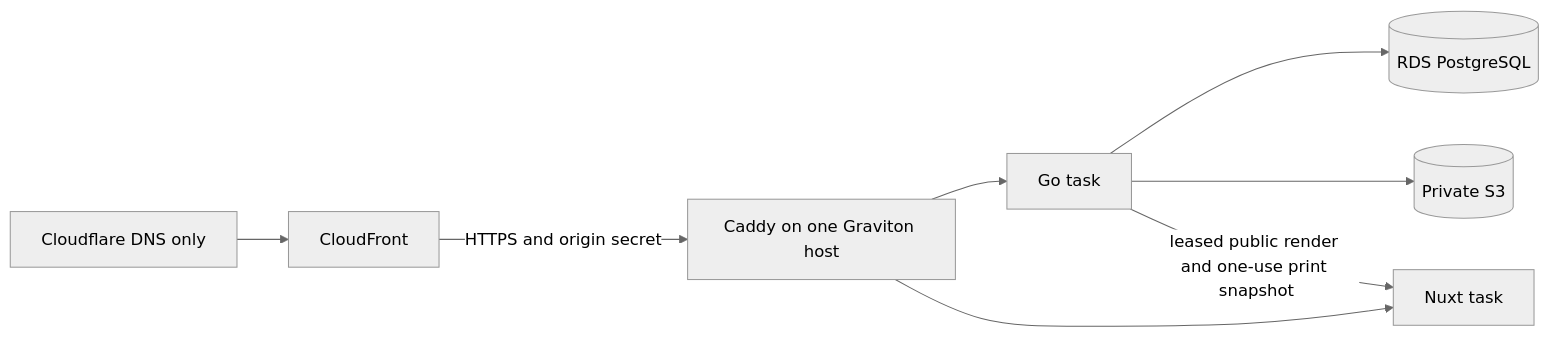
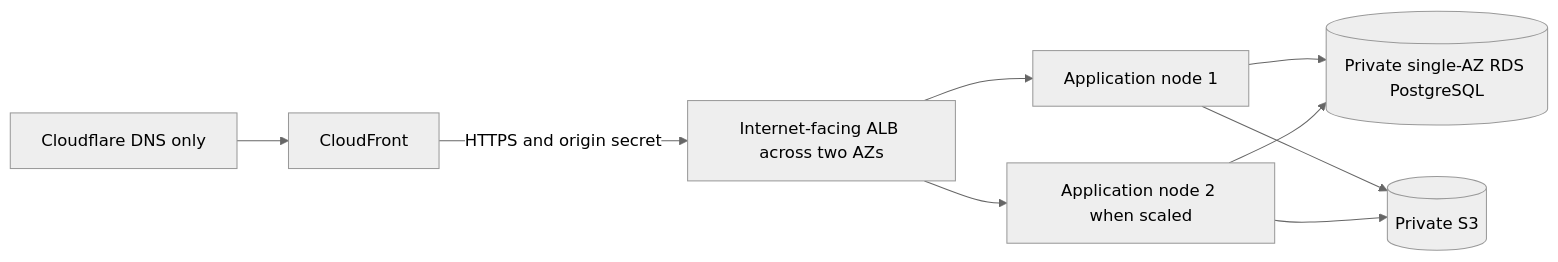
One commit to dannyota/aboutme changed the diagram in docs/design/deployment.md. Above: the diagram before and after it, drawn with Mermaid (neutral theme). The commit also changed other lines of this file and 52 other files, not shown here.

````diff
--- a/docs/design/deployment.md
+++ b/docs/design/deployment.md
@@ -66,10 +68,11 @@
 ```mermaid
 graph LR
     DNS[Cloudflare DNS only] --> CF[CloudFront]
-    CF -->|HTTPS and origin secret| CA[Caddy on one Graviton host]
-    CA --> GO[Go task]
-    CA --> NX[Nuxt task]
-    GO --> PG[(RDS PostgreSQL)]
-    GO --> S3[(Private S3)]
-    GO -->|leased public render and one-use print snapshot| NX
+    CF -->|HTTPS and origin secret| ALB[Internet-facing ALB across two AZs]
+    ALB --> A1[Application node 1]
+    ALB --> A2[Application node 2 when scaled]
+    A1 --> PG[(Private single-AZ RDS PostgreSQL)]
+    A2 --> PG
+    A1 --> S3[(Private S3)]
+    A2 --> S3
 ```
````
